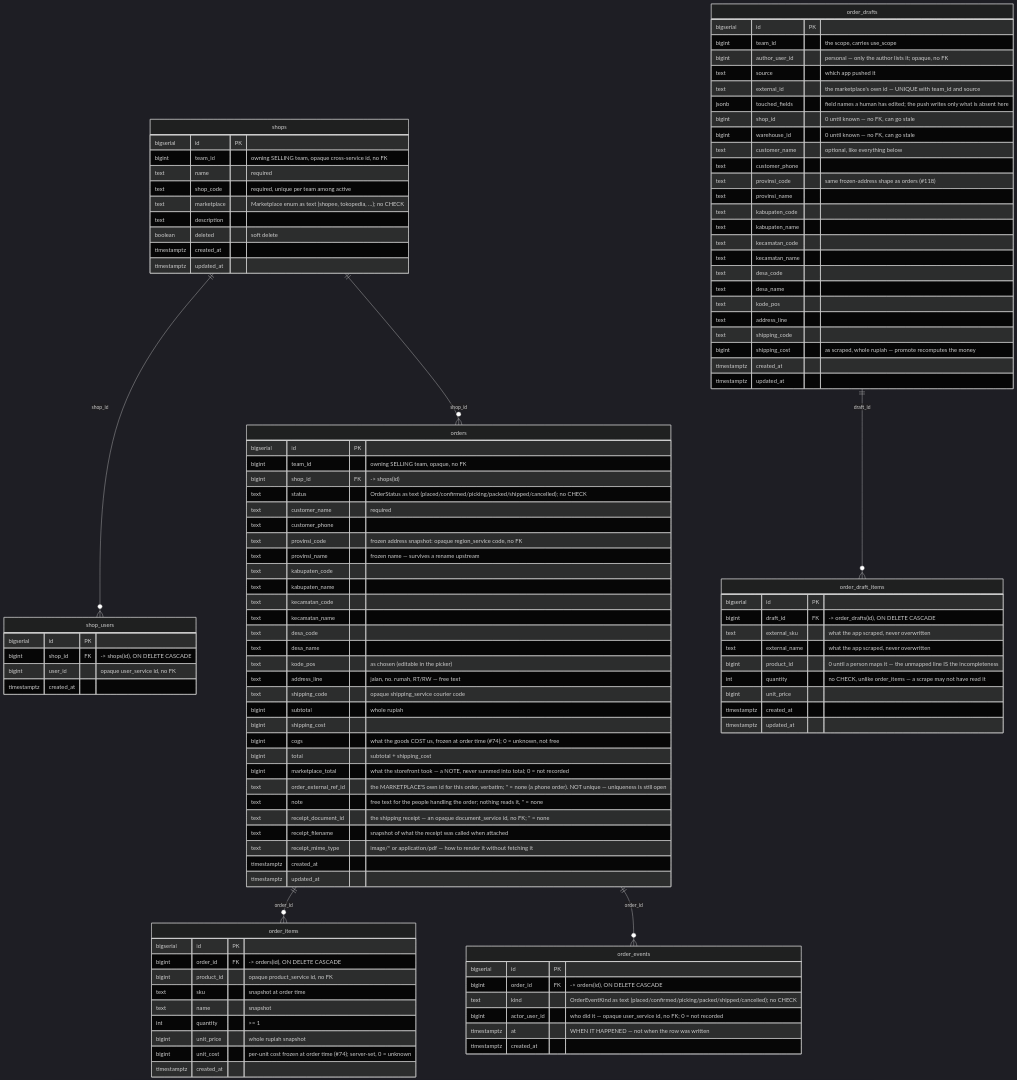
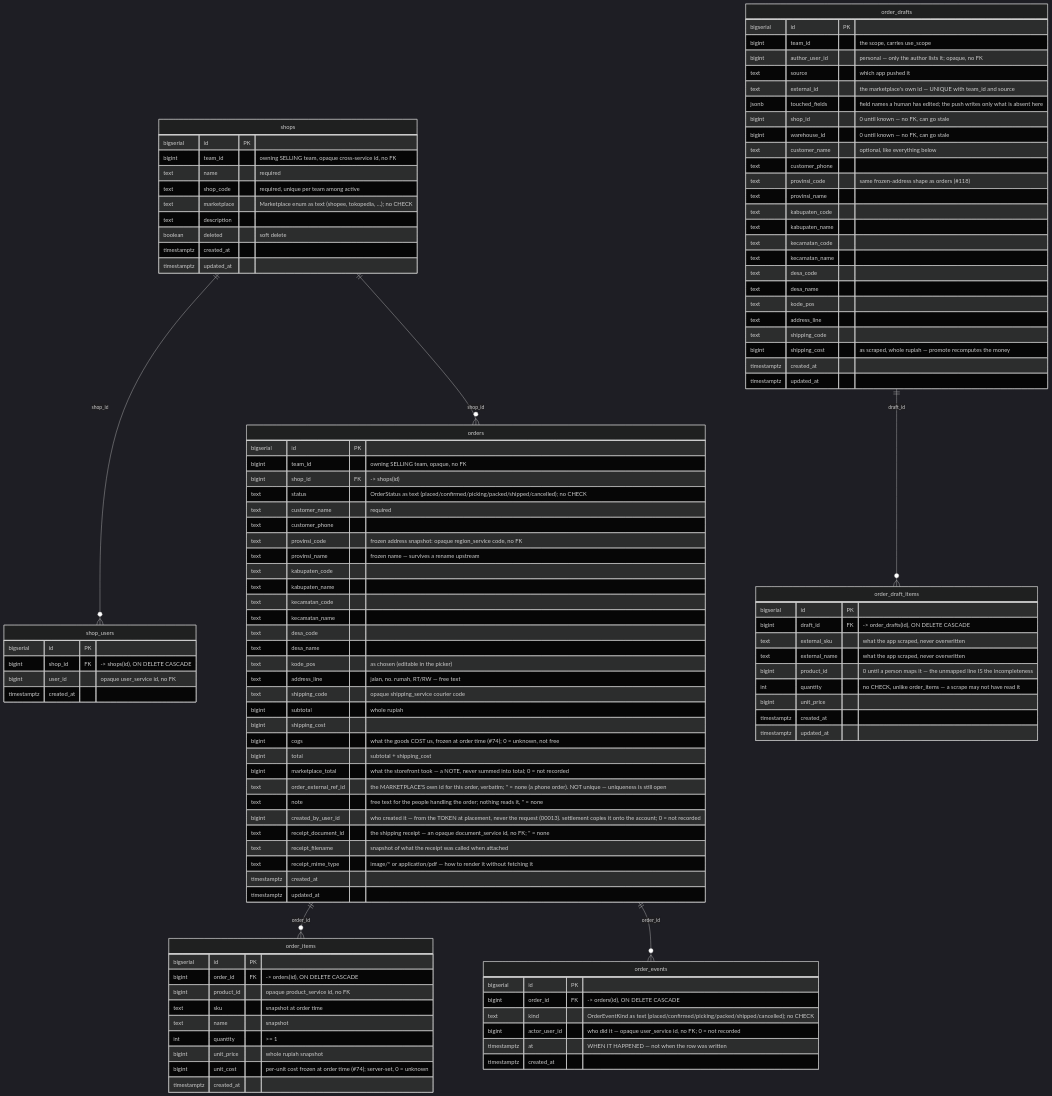
Before and after one commit to pdcgo/warehouse_revamp: the fifth of 14 diagrams in docs/database-schema.md, drawn with Mermaid (dark theme). The commit also changed other lines of this file and 21 other files, not shown here.

```diff
--- a/docs/database-schema.md
+++ b/docs/database-schema.md
@@ -273,6 +273,7 @@
         bigint      marketplace_total  "what the storefront took — a NOTE, never summed into total; 0 = not recorded"
         text        order_external_ref_id "the MARKETPLACE'S own id for this order, verbatim; '' = none (a phone order). NOT unique — uniqueness is still open"
         text        note                "free text for the people handling the order; nothing reads it, '' = none"
+        bigint      created_by_user_id  "who created it — from the TOKEN at placement, never the request (00013). settlement copies it onto the account; 0 = not recorded"
         text        receipt_document_id "the shipping receipt — an opaque document_service id, no FK; '' = none"
         text        receipt_filename    "snapshot of what the receipt was called when attached"
         text        receipt_mime_type   "image/* or application/pdf — how to render it without fetching it"
```
